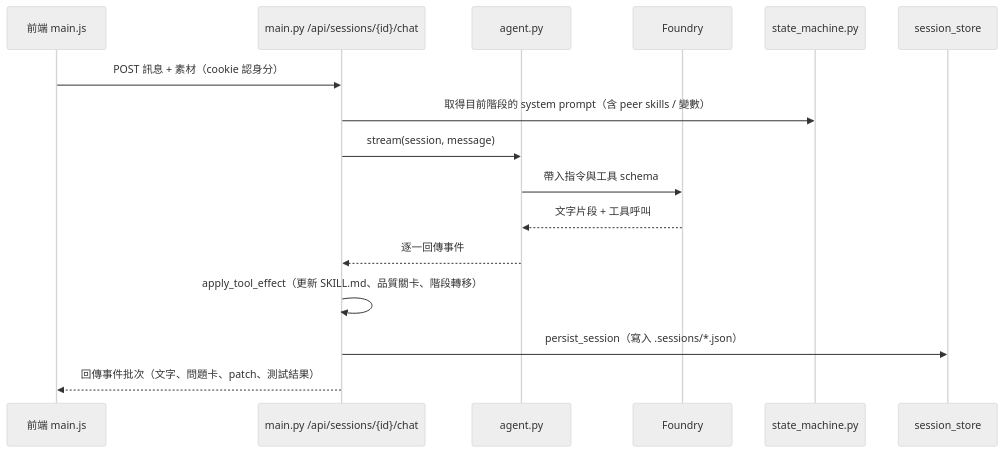
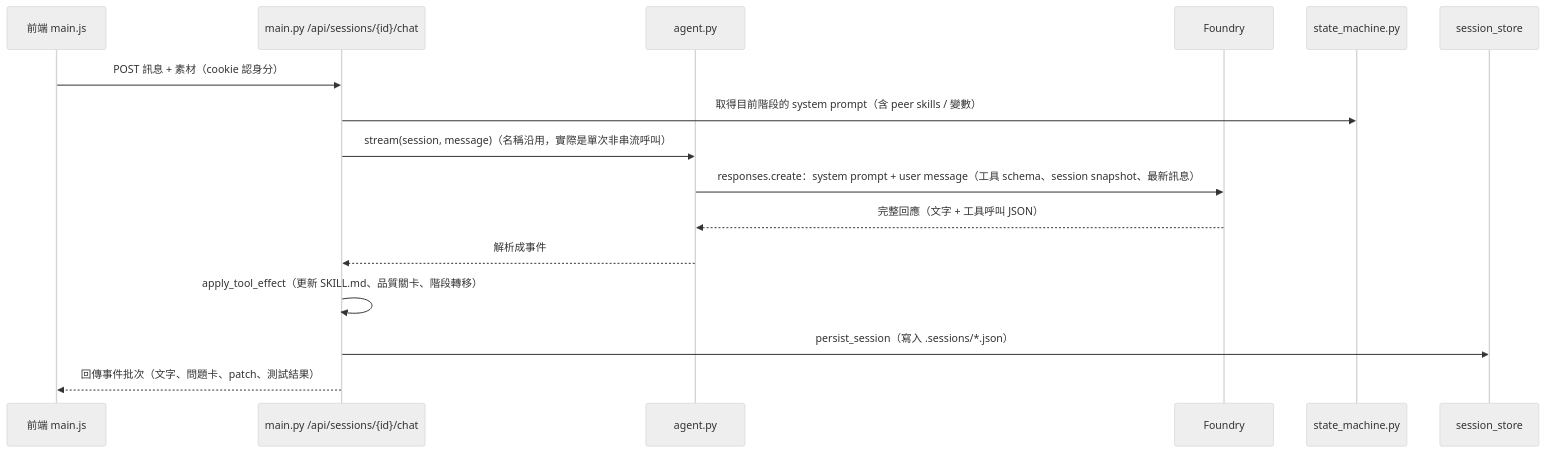
The second of 3 diagrams in docs/03-architecture.md (georgeliang0821/foundry-skill-generator-v3), drawn with Mermaid (neutral theme) before and after one commit. The commit also changed 7 other files, not shown here.

````diff
--- a/docs/03-architecture.md
+++ b/docs/03-architecture.md
@@ -73,19 +73,19 @@
 ```mermaid
 sequenceDiagram
     participant UI as 前端 main.js
     participant API as main.py /api/sessions/{id}/chat
     participant AG as agent.py
     participant FND as Foundry
     participant SM as state_machine.py
     participant ST as session_store
 
     UI->>API: POST 訊息 + 素材（cookie 認身分）
     API->>SM: 取得目前階段的 system prompt（含 peer skills / 變數）
-    API->>AG: stream(session, message)
-    AG->>FND: 帶入指令與工具 schema
-    FND-->>AG: 文字片段 + 工具呼叫
-    AG-->>API: 逐一回傳事件
+    API->>AG: stream(session, message)（名稱沿用，實際是單次非串流呼叫）
+    AG->>FND: responses.create：system prompt + user message（工具 schema、session snapshot、最新訊息）
+    FND-->>AG: 完整回應（文字 + 工具呼叫 JSON）
+    AG-->>API: 解析成事件
     API->>API: apply_tool_effect（更新 SKILL.md、品質關卡、階段轉移）
     API->>ST: persist_session（寫入 .sessions/*.json）
     API-->>UI: 回傳事件批次（文字、問題卡、patch、測試結果）
 ```
````
